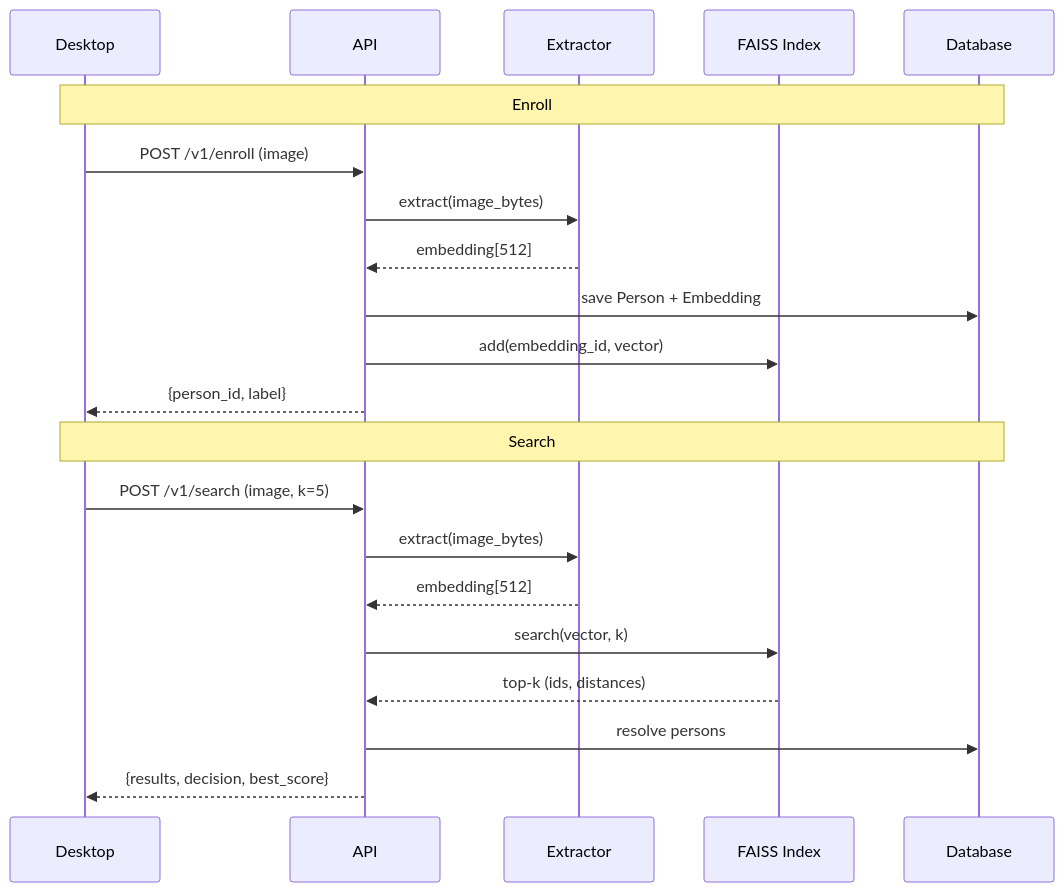
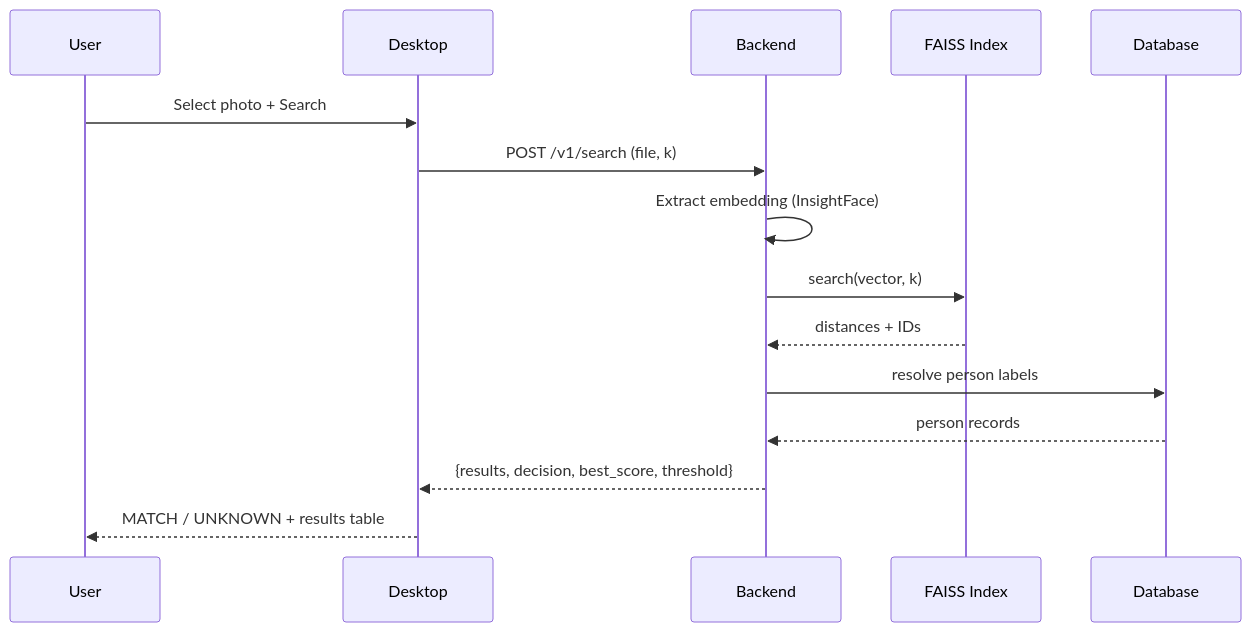
One commit to buytheaway/DiplomaWork changed the second of 2 diagrams in README.md. Above: the diagram before and after it, drawn with Mermaid. The commit also changed other lines of this file and 13 other files, not shown here.

Commit message:
UI redesign + backend fixes: dark theme, card layout, image preview, persons list endpoint, migration GUID fix, architecture diagram

````diff
--- a/README.md
+++ b/README.md
@@ -228,25 +136,18 @@
 ```mermaid
 sequenceDiagram
-    participant C as Desktop
-    participant A as API
-    participant E as Extractor
-    participant I as FAISS Index
-    participant D as Database
+    participant U as User
+    participant D as Desktop
+    participant B as Backend
+    participant F as FAISS Index
+    participant DB as Database
 
-    Note over C,D: Enroll
-    C->>A: POST /v1/enroll (image)
-    A->>E: extract(image_bytes)
-    E-->>A: embedding[512]
-    A->>D: save Person + Embedding
-    A->>I: add(embedding_id, vector)
-    A-->>C: {person_id, label}
-
-    Note over C,D: Search
-    C->>A: POST /v1/search (image, k=5)
-    A->>E: extract(image_bytes)
-    E-->>A: embedding[512]
-    A->>I: search(vector, k)
-    I-->>A: top-k (ids, distances)
-    A->>D: resolve persons
-    A-->>C: {results, decision, best_score}
+    U->>D: Select photo + Search
+    D->>B: POST /v1/search (file, k)
+    B->>B: Extract embedding (InsightFace)
+    B->>F: search(vector, k)
+    F-->>B: distances + IDs
+    B->>DB: resolve person labels
+    DB-->>B: person records
+    B-->>D: {results, decision, best_score, threshold}
+    D-->>U: MATCH / UNKNOWN + results table
 ```
````
